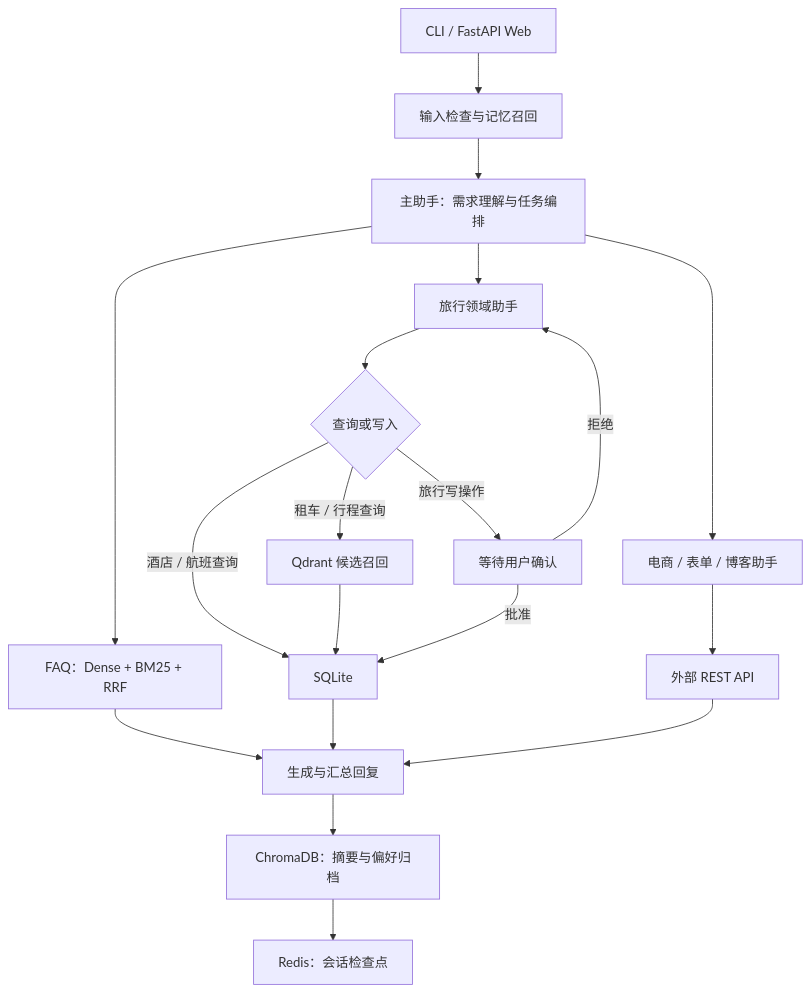
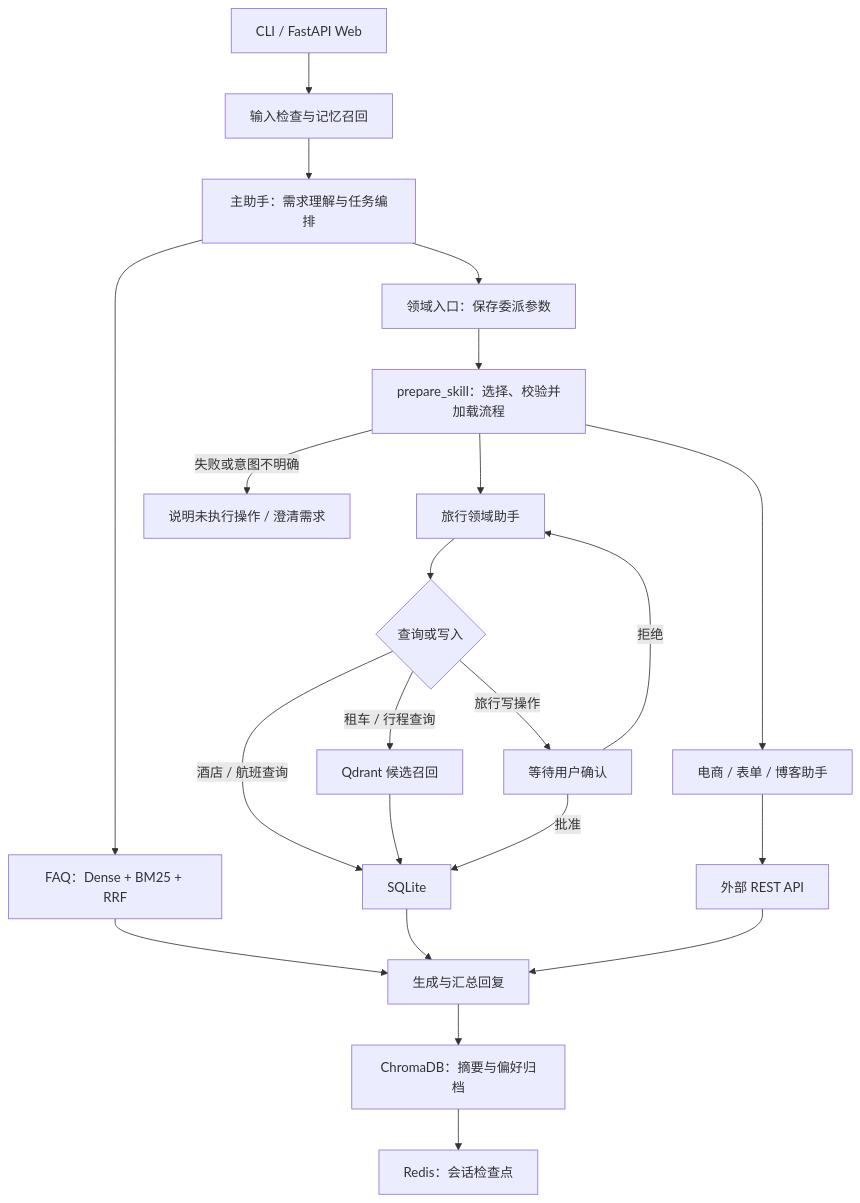
Before and after one commit to zqf20096327/dbhub_collect: the diagram in data/readmes/yukui9222__mora.md, drawn with Mermaid. The commit also changed other lines of this file and 538 other files, not shown here.

````diff
--- a/data/readmes/yukui9222__mora.md
+++ b/data/readmes/yukui9222__mora.md
@@ -29,23 +29,26 @@
 ```mermaid
 flowchart TD
     U["CLI / FastAPI Web"] --> G["输入检查与记忆召回"]
     G --> P["主助手：需求理解与任务编排"]
     P --> K["FAQ：Dense + BM25 + RRF"]
-    P --> A["旅行领域助手"]
-    P --> X["电商 / 表单 / 博客助手"]
+    P --> E["领域入口：保存委派参数"]
+    E --> L["prepare_skill：选择、校验并加载流程"]
+    L -->|失败或意图不明确| F["说明未执行操作 / 澄清需求"]
+    L --> A["旅行领域助手"]
+    L --> X["电商 / 表单 / 博客助手"]
 
     A --> R{"查询或写入"}
     R -->|酒店 / 航班查询| DB["SQLite"]
     R -->|租车 / 行程查询| Q["Qdrant 候选召回"]
     Q --> DB
     R -->|旅行写操作| H["等待用户确认"]
     H -->|批准| DB
     H -->|拒绝| A
 
     K --> S["生成与汇总回复"]
     DB --> S
     X --> API["外部 REST API"]
     API --> S
     S --> M["ChromaDB：摘要与偏好归档"]
     M --> C["Redis：会话检查点"]
 ```
````
